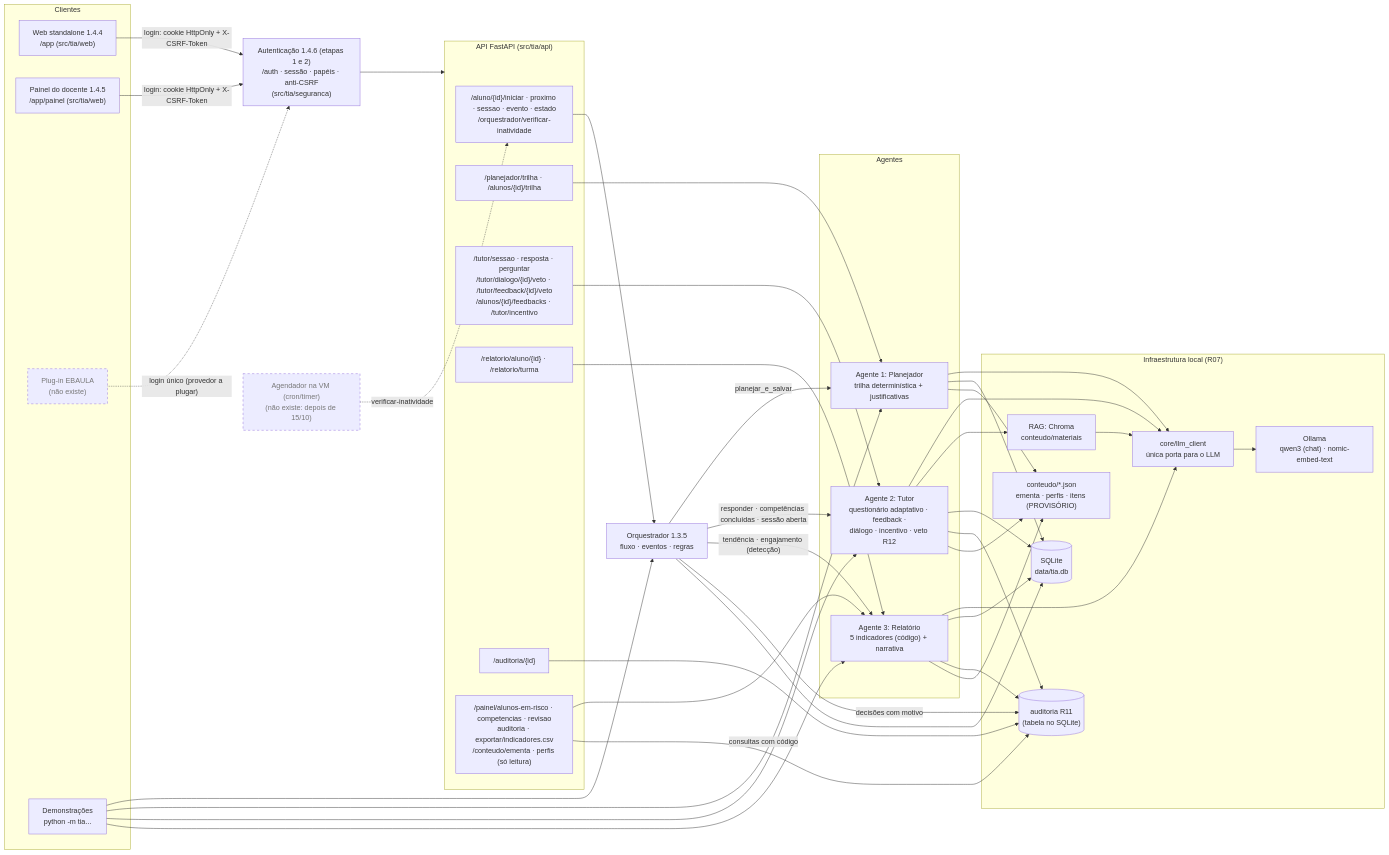
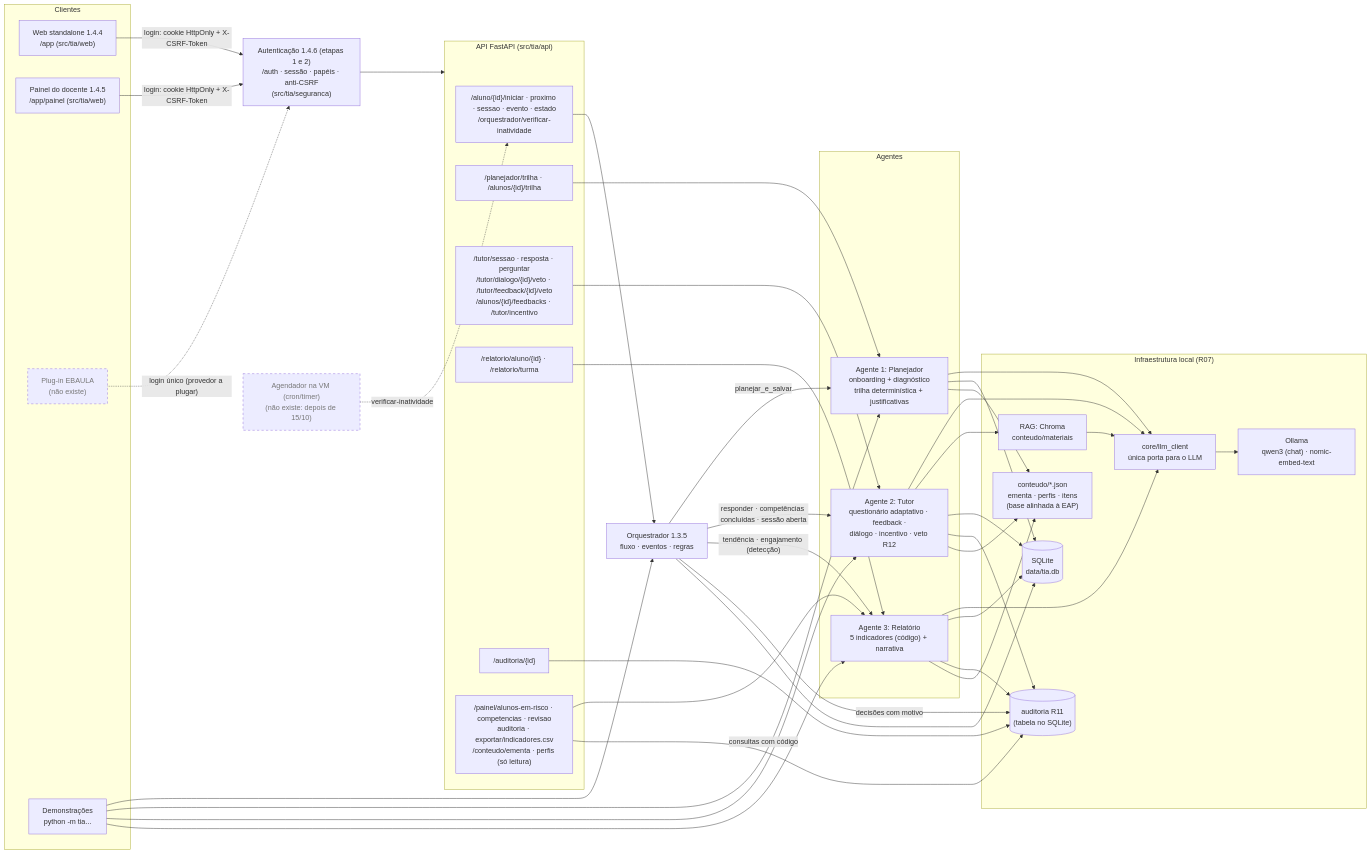
The first of 2 diagrams in docs/arquitetura/arquitetura.md (AdrianoPortes403/tia-projeto), drawn with Mermaid before and after one commit. The commit also changed other lines of this file and 3 other files, not shown here.

First line of the commit message:
docs: base pedagógica alinhada à EAP e Agente 1 (resumo, arquitetura, README e CLAUDE.md)

````diff
--- a/docs/arquitetura/arquitetura.md
+++ b/docs/arquitetura/arquitetura.md
@@ -11,67 +14,67 @@
 ```mermaid
 flowchart LR
     subgraph Clientes
         WEB["Web standalone 1.4.4<br/>/app (src/tia/web)"]
         DASH["Painel do docente 1.4.5<br/>/app/painel (src/tia/web)"]
         EBA["Plug-in EBAULA<br/>(não existe)"]:::futuro
         CLI["Demonstrações<br/>python -m tia..."]
     end
 
     AUTH["Autenticação 1.4.6 (etapas 1 e 2)<br/>/auth · sessão · papéis · anti-CSRF<br/>(src/tia/seguranca)"]
     CRON["Agendador na VM (cron/timer)<br/>(não existe: depois de 15/10)"]:::futuro
 
     subgraph API["API FastAPI (src/tia/api)"]
         RORQ["/aluno/{id}/iniciar · proximo · sessao · evento · estado<br/>/orquestrador/verificar-inatividade"]
         RPLAN["/planejador/trilha · /alunos/{id}/trilha"]
         RTUT["/tutor/sessao · resposta · perguntar<br/>/tutor/dialogo/{id}/veto · /tutor/feedback/{id}/veto<br/>/alunos/{id}/feedbacks · /tutor/incentivo"]
         RREL["/relatorio/aluno/{id} · /relatorio/turma"]
         RAUD["/auditoria/{id}"]
         RPAI["/painel/alunos-em-risco · competencias · revisao<br/>auditoria · exportar/indicadores.csv<br/>/conteudo/ementa · perfis (só leitura)"]
     end
 
     ORQ["Orquestrador 1.3.5<br/>fluxo · eventos · regras"]
 
     subgraph Agentes
-        A1["Agente 1: Planejador<br/>trilha determinística + justificativas"]
+        A1["Agente 1: Planejador<br/>onboarding + diagnóstico<br/>trilha determinística + justificativas"]
         A2["Agente 2: Tutor<br/>questionário adaptativo · feedback ·<br/>diálogo · incentivo · veto R12"]
         A3["Agente 3: Relatório<br/>5 indicadores (código) + narrativa"]
     end
 
     subgraph Infra["Infraestrutura local (R07)"]
         LLM["core/llm_client<br/>única porta para o LLM"]
         OLL["Ollama<br/>qwen3 (chat) · nomic-embed-text"]
         RAG["RAG: Chroma<br/>conteudo/materiais"]
         DB[("SQLite<br/>data/tia.db")]
         AUD[("auditoria R11<br/>(tabela no SQLite)")]
-        CONT["conteudo/*.json<br/>ementa · perfis · itens (PROVISÓRIO)"]
+        CONT["conteudo/*.json<br/>ementa · perfis · itens<br/>(base alinhada à EAP)"]
     end
 
     WEB & DASH -->|"login: cookie HttpOnly + X-CSRF-Token"| AUTH --> API
     EBA -.->|"login único (provedor a plugar)"| AUTH
     CRON -.->|"verificar-inatividade"| RORQ
     CLI --> ORQ & A1 & A2 & A3
     RORQ --> ORQ
     RPLAN --> A1
     RTUT --> A2
     RREL --> A3
     RAUD --> AUD
     RPAI --> A3
     RPAI -->|"consultas com código"| AUD
 
     ORQ -->|"planejar_e_salvar"| A1
     ORQ -->|"responder · competências concluídas · sessão aberta"| A2
     ORQ -->|"tendência · engajamento (detecção)"| A3
     ORQ -->|"decisões com motivo"| AUD
 
     A1 --> LLM
     A2 --> LLM
     A3 --> LLM
     A2 --> RAG
     RAG --> LLM
     LLM --> OLL
     A1 & A2 & A3 & ORQ --> DB
     A2 & A3 --> AUD
     A1 & A2 & A3 --> CONT
 
     classDef futuro stroke-dasharray: 5 5,color:#777
 ```
````
